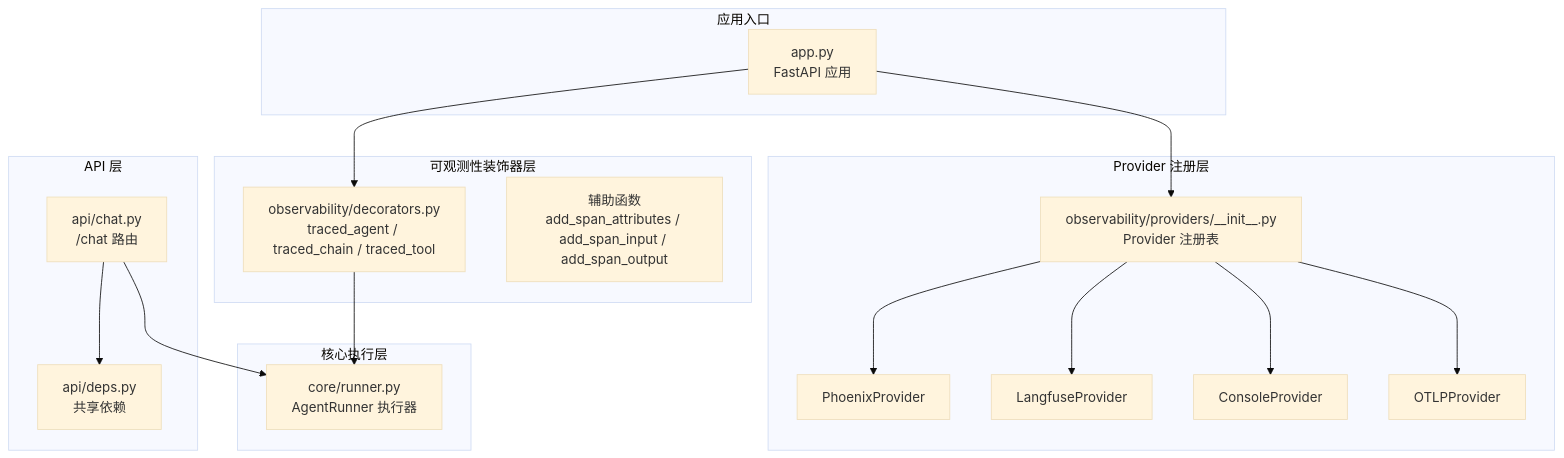
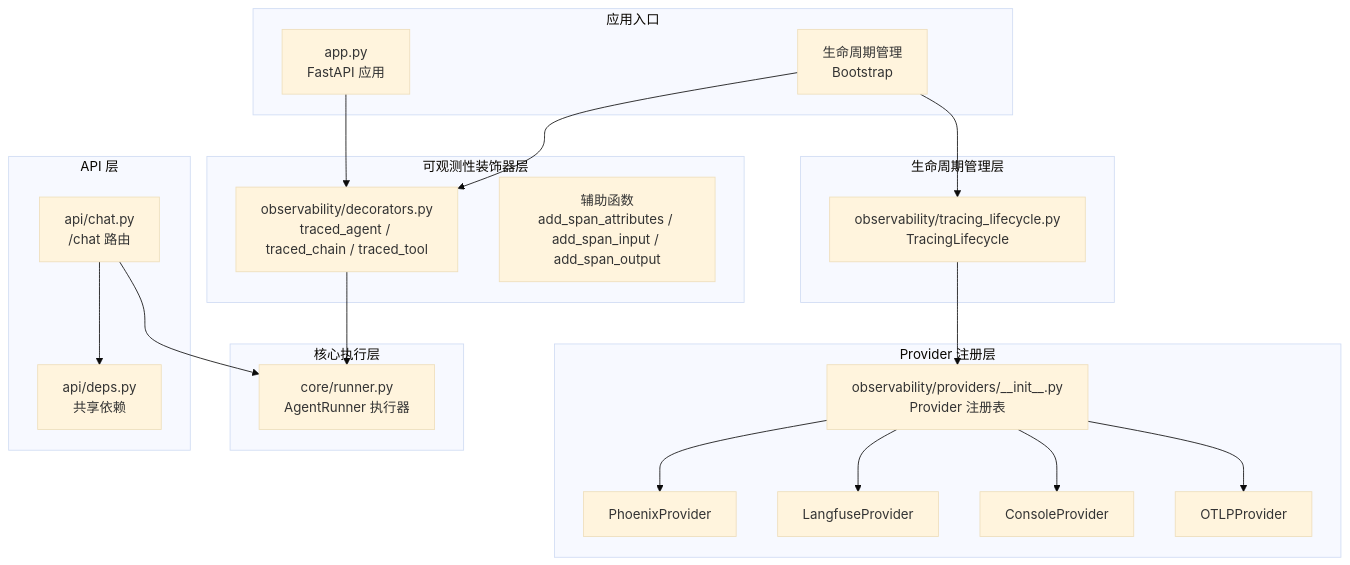
The first of 7 diagrams in repowiki/zh/content/架构设计/可观测性与监控.md (YU-JI-KUI/ark-agentic), drawn with Mermaid (base theme) before and after one commit. The commit also changed other lines of this file and 116 other files, not shown here.

````diff
--- a/repowiki/zh/content/架构设计/可观测性与监控.md
+++ b/repowiki/zh/content/架构设计/可观测性与监控.md
@@ -52,33 +60,39 @@
 ```mermaid
 graph TB
 subgraph "应用入口"
 APP["app.py<br/>FastAPI 应用"]
+ENDL["生命周期管理<br/>Bootstrap"]
 end
 subgraph "可观测性装饰器层"
 DEC["observability/decorators.py<br/>traced_agent / traced_chain / traced_tool"]
 HELP["辅助函数<br/>add_span_attributes / add_span_input / add_span_output"]
+ENDL --> DEC
+end
+subgraph "生命周期管理层"
+TL["observability/tracing_lifecycle.py<br/>TracingLifecycle"]
+ENDL --> TL
 end
 subgraph "Provider 注册层"
 REG["observability/providers/__init__.py<br/>Provider 注册表"]
 PHX["PhoenixProvider"]
 LF["LangfuseProvider"]
 CON["ConsoleProvider"]
 OTLP["OTLPProvider"]
+TL --> REG
 end
 subgraph "核心执行层"
 RUNNER["core/runner.py<br/>AgentRunner 执行器"]
 end
 subgraph "API 层"
 CHAT["api/chat.py<br/>/chat 路由"]
 DEPS["api/deps.py<br/>共享依赖"]
 end
 APP --> DEC
-APP --> REG
 DEC --> RUNNER
 REG --> PHX
 REG --> LF
 REG --> CON
 REG --> OTLP
 CHAT --> DEPS
 CHAT --> RUNNER
 ```
````
